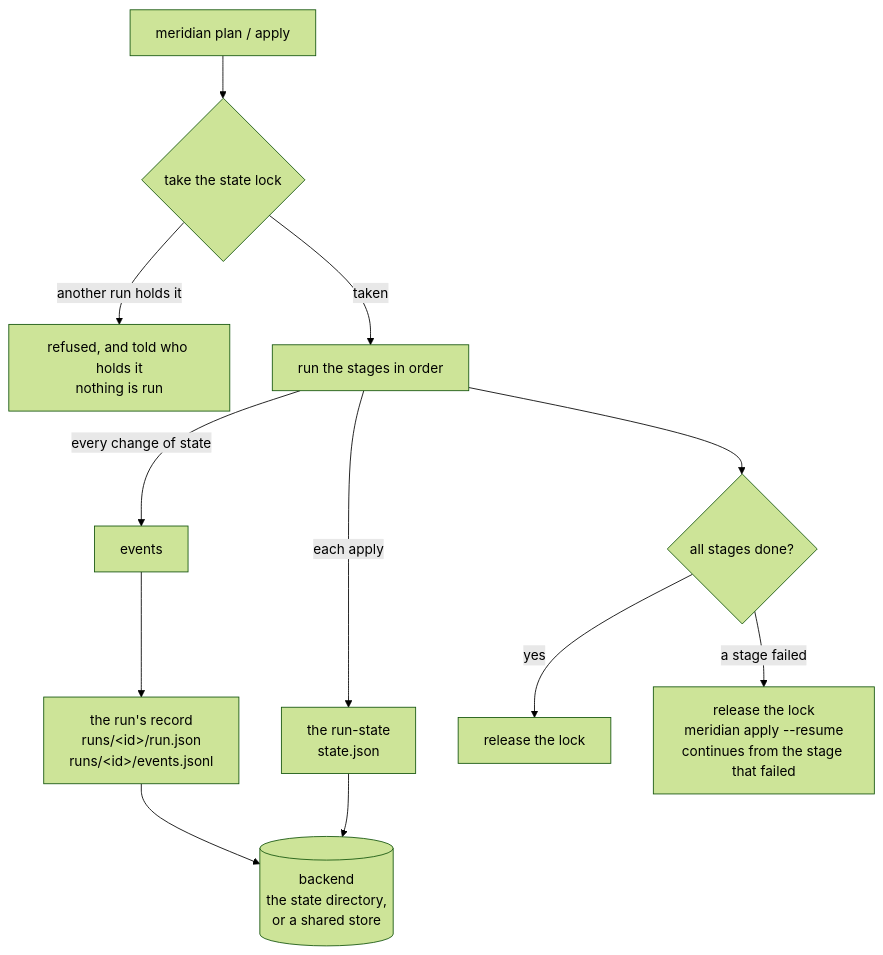
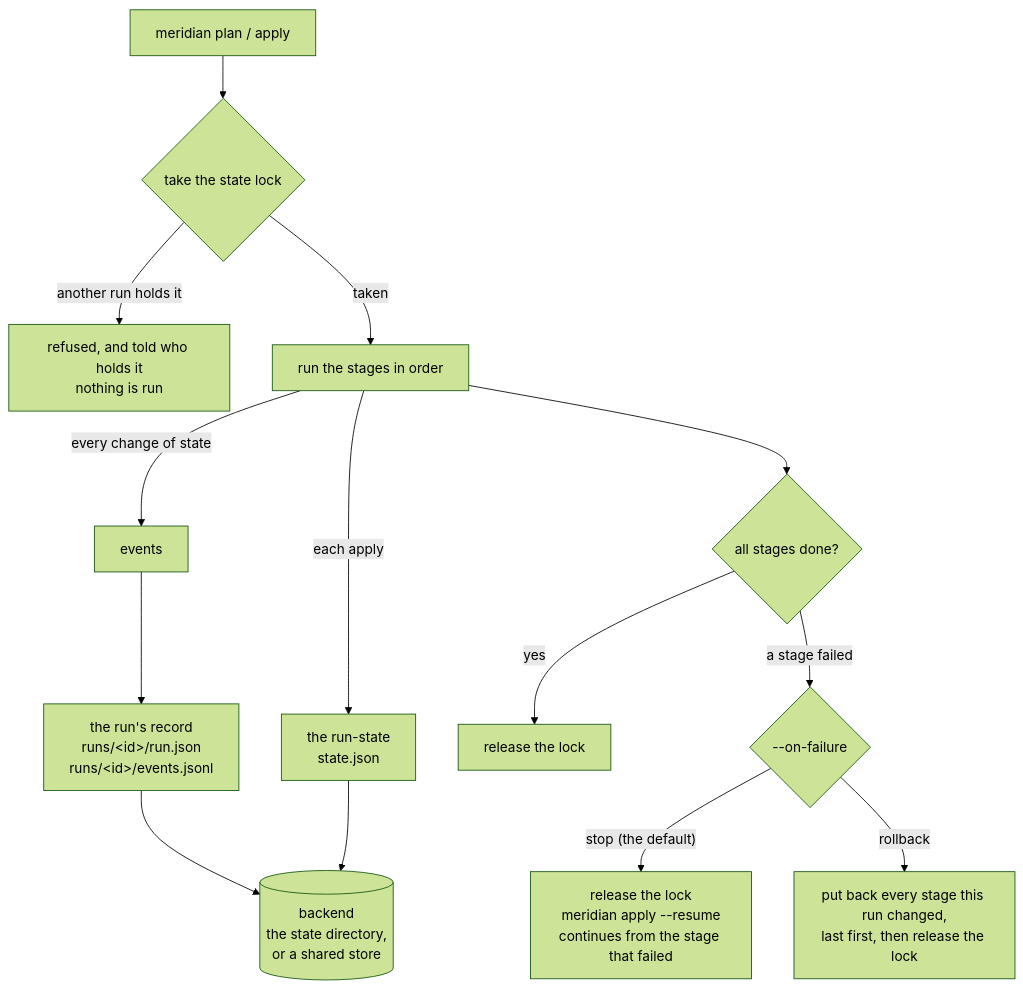
Before and after one commit to Gorkem-Taha/meridian-core: the first of 5 diagrams in docs/concepts/run-safety.md, drawn with Mermaid (forest theme). The commit also changed other lines of this file and 14 other files, not shown here.

First line of the commit message:
Run safety, part 2: artifact history, rollback and drift detection

````diff
--- a/docs/concepts/run-safety.md
+++ b/docs/concepts/run-safety.md
@@ -7,14 +8,16 @@
 ```mermaid
 flowchart TB
     CMD["meridian plan / apply"] --> LOCK{"take the state lock"}
     LOCK -->|"another run holds it"| REFUSED["refused, and told who holds it<br/>nothing is run"]
     LOCK -->|"taken"| STAGES["run the stages in order"]
     STAGES -->|"every change of state"| EVENTS["events"]
     EVENTS --> RECORD["the run's record<br/>runs/&lt;id&gt;/run.json<br/>runs/&lt;id&gt;/events.jsonl"]
     STAGES -->|"each apply"| STATE["the run-state<br/>state.json"]
     RECORD --> BACKEND[("backend<br/>the state directory,<br/>or a shared store")]
     STATE --> BACKEND
     STAGES --> DONE{"all stages done?"}
     DONE -->|"yes"| RELEASE["release the lock"]
-    DONE -->|"a stage failed"| RESUME["release the lock<br/>meridian apply --resume<br/>continues from the stage that failed"]
+    DONE -->|"a stage failed"| FAIL{"--on-failure"}
+    FAIL -->|"stop (the default)"| RESUME["release the lock<br/>meridian apply --resume<br/>continues from the stage that failed"]
+    FAIL -->|"rollback"| BACK["put back every stage this run changed,<br/>last first, then release the lock"]
 ```
````
